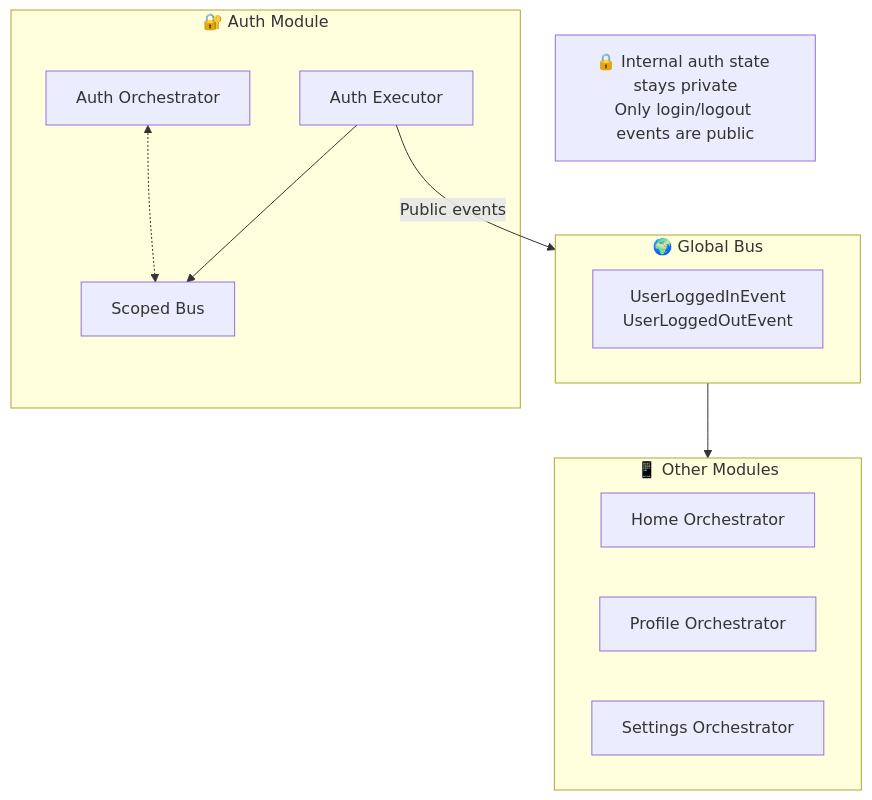
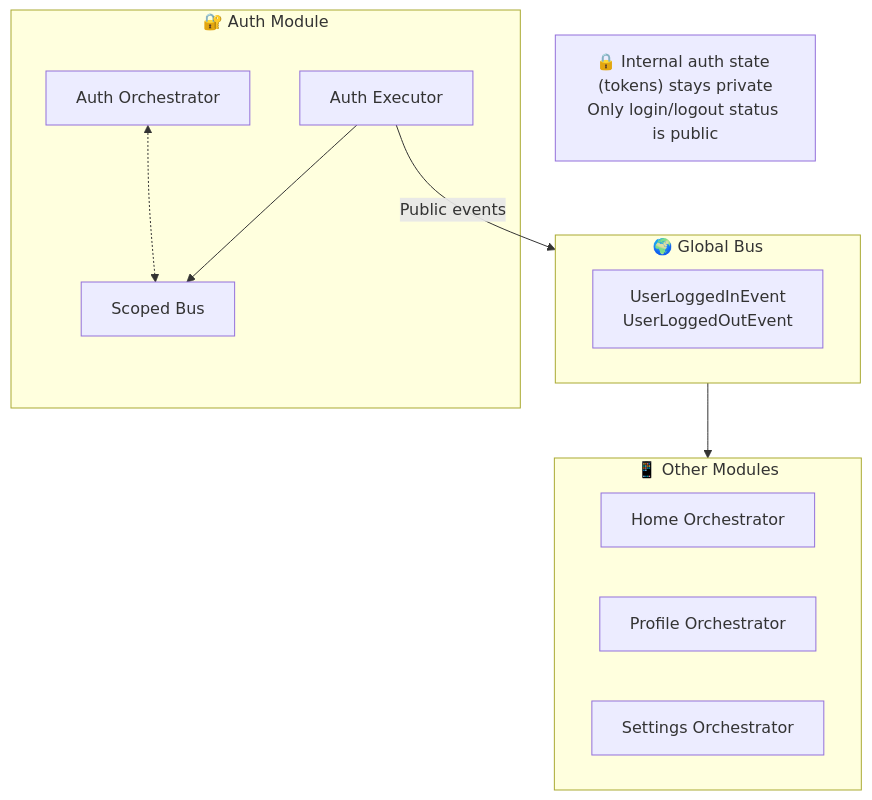
Before and after one commit to lploc94/flutter_orchestrator: the tenth of 12 diagrams in book/chapters/06_case_study.md, drawn with Mermaid. The commit also changed other lines of this file and 31 other files, not shown here.

````diff
--- a/book/chapters/06_case_study.md
+++ b/book/chapters/06_case_study.md
@@ -264,26 +273,26 @@
 ```mermaid
 graph TB
     subgraph AuthModule["🔐 Auth Module"]
         AuthBus["Scoped Bus"]
         AuthOrch["Auth Orchestrator"]
         AuthExec["Auth Executor"]
         
         AuthOrch <-.-> AuthBus
         AuthExec --> AuthBus
     end
     
     subgraph OtherModules["📱 Other Modules"]
         Home["Home Orchestrator"]
         Profile["Profile Orchestrator"]
         Settings["Settings Orchestrator"]
     end
     
     subgraph GlobalBus["🌍 Global Bus"]
         Public["UserLoggedInEvent<br/>UserLoggedOutEvent"]
     end
     
     AuthExec -->|"Public events"| GlobalBus
     GlobalBus --> OtherModules
     
-    Note["🔒 Internal auth state stays private<br/>Only login/logout events are public"]
+    Note["🔒 Internal auth state (tokens) stays private<br/>Only login/logout status is public"]
 ```
````
